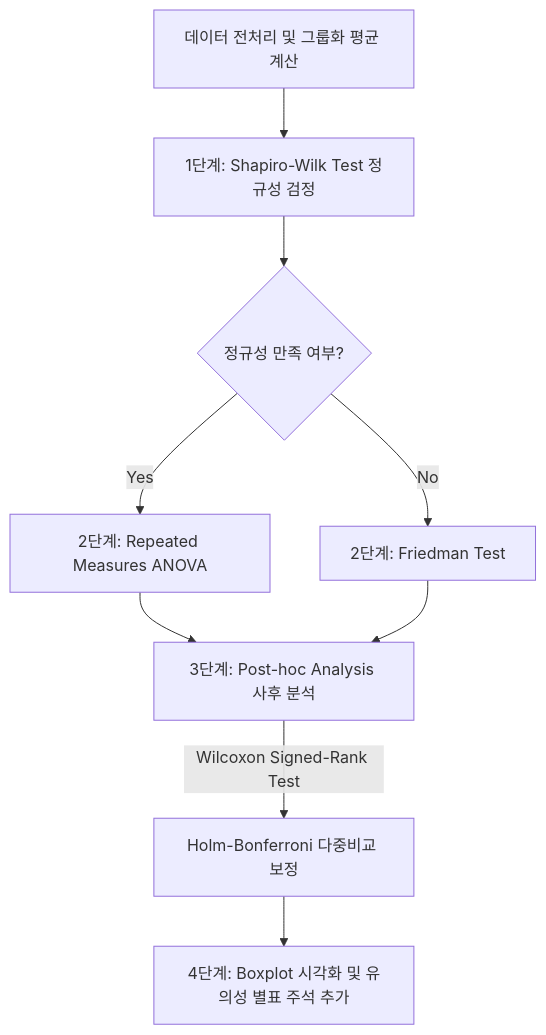
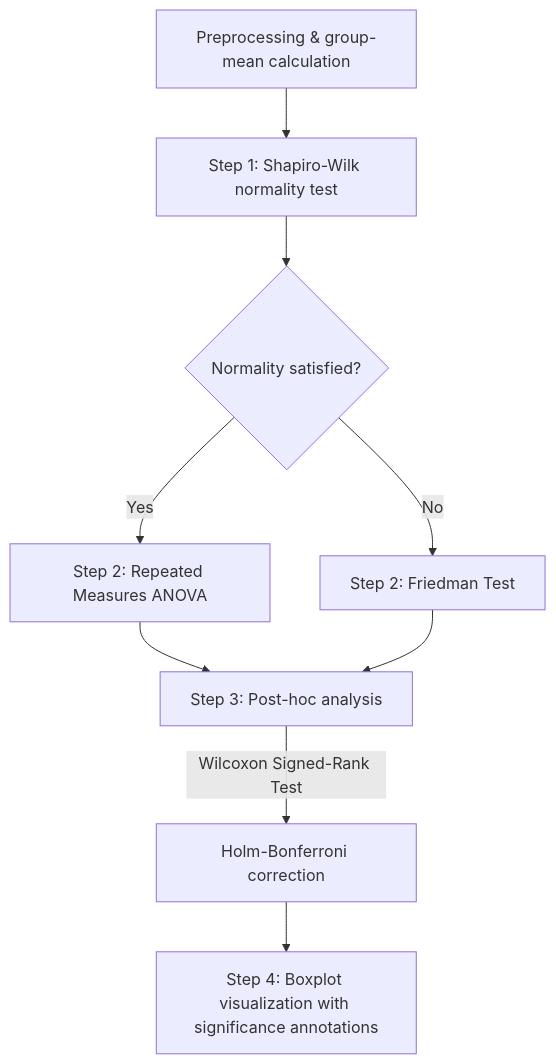
One commit to jhyun-lee/VR_Interactio_Analysis changed the diagram in README.md. Above: the diagram before and after it, drawn with Mermaid. The commit also changed other lines of this file and 304 other files, not shown here.

````diff
--- a/README.md
+++ b/README.md
@@ -55,11 +86,11 @@
 ```mermaid
 graph TD
-    A[데이터 전처리 및 그룹화 평균 계산] --> B[1단계: Shapiro-Wilk Test 정규성 검정]
-    B --> C{정규성 만족 여부?}
-    C -->|Yes| D[2단계: Repeated Measures ANOVA]
-    C -->|No| E[2단계: Friedman Test]
-    D --> F[3단계: Post-hoc Analysis 사후 분석]
+    A[Preprocessing & group-mean calculation] --> B[Step 1: Shapiro-Wilk normality test]
+    B --> C{Normality satisfied?}
+    C -->|Yes| D[Step 2: Repeated Measures ANOVA]
+    C -->|No| E[Step 2: Friedman Test]
+    D --> F[Step 3: Post-hoc analysis]
     E --> F
-    F -->|Wilcoxon Signed-Rank Test| G[Holm-Bonferroni 다중비교 보정]
-    G --> H[4단계: Boxplot 시각화 및 유의성 별표 주석 추가]
+    F -->|Wilcoxon Signed-Rank Test| G[Holm-Bonferroni correction]
+    G --> H[Step 4: Boxplot visualization with significance annotations]
 ```
````
